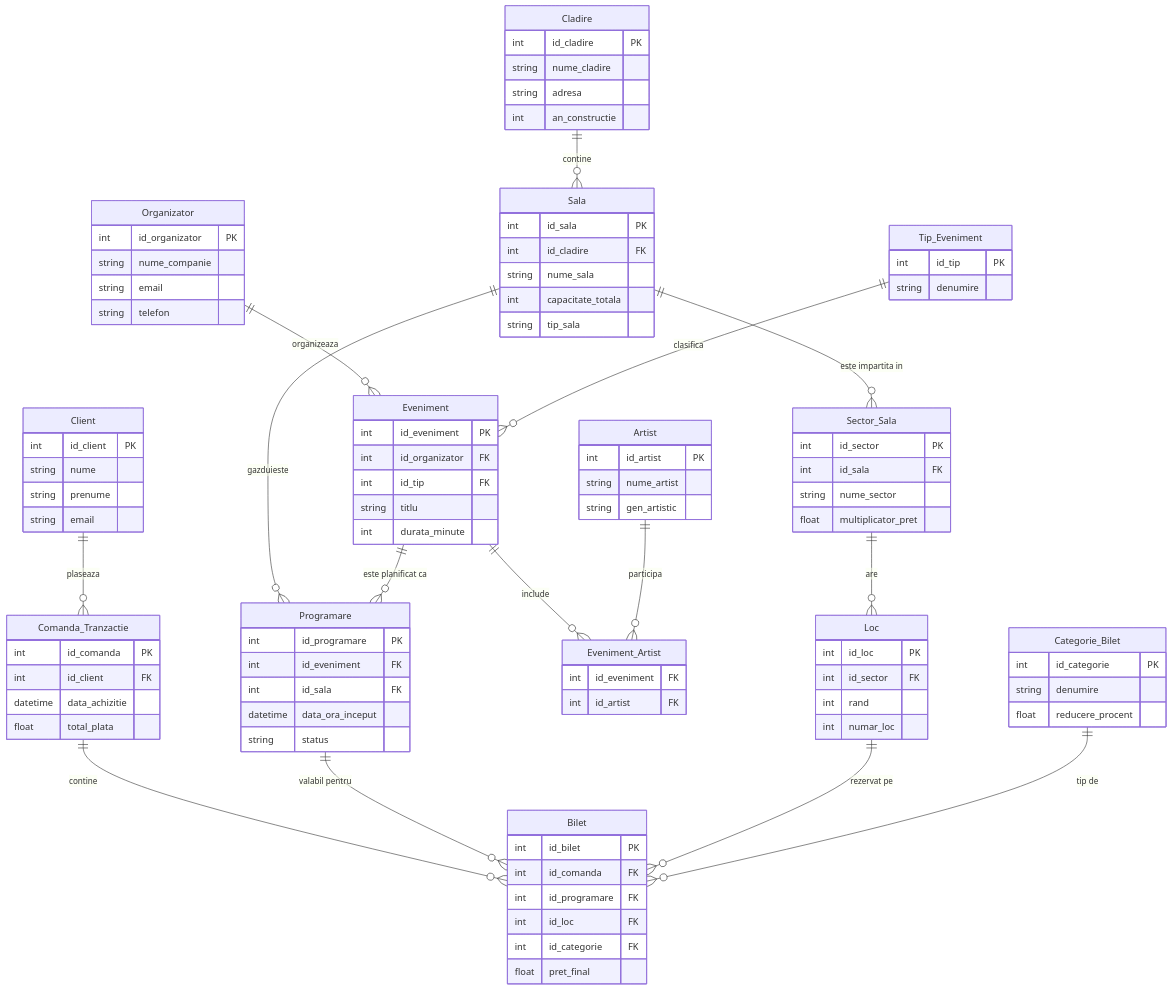
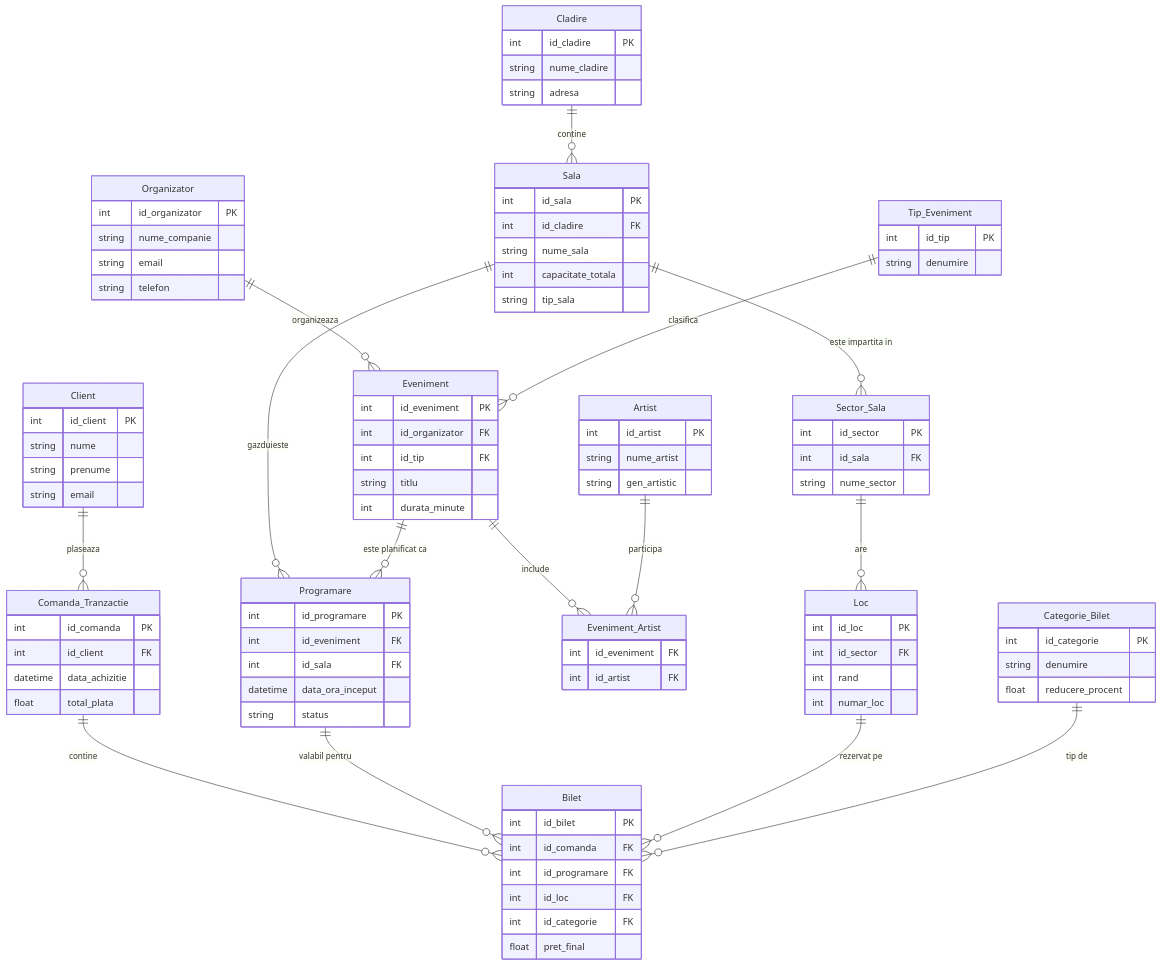
The diagram in diagrams/er.mmd (Rebeca-Iuga/Casa-de-bilete), drawn with Mermaid before and after one commit. The commit also changed other lines of this file and 1 other file, not shown here.

```diff
--- a/diagrams/er.mmd
+++ b/diagrams/er.mmd
@@ -1,101 +1,99 @@
 erDiagram
     Cladire ||--o{ Sala : "contine"
     Sala ||--o{ Sector_Sala : "este impartita in"
     Sector_Sala ||--o{ Loc : "are"
     Sala ||--o{ Programare : "gazduieste"
 
     Organizator ||--o{ Eveniment : "organizeaza"
     Tip_Eveniment ||--o{ Eveniment : "clasifica"
     Eveniment ||--o{ Programare : "este planificat ca"
     Eveniment ||--o{ Eveniment_Artist : "include"
     Artist ||--o{ Eveniment_Artist : "participa"
 
     Client ||--o{ Comanda_Tranzactie : "plaseaza"
     Comanda_Tranzactie ||--o{ Bilet : "contine"
     Programare ||--o{ Bilet : "valabil pentru"
     Loc ||--o{ Bilet : "rezervat pe"
     Categorie_Bilet ||--o{ Bilet : "tip de"
 
     Cladire {
         int id_cladire PK
         string nume_cladire
         string adresa
-        int an_constructie
     }
     Sala {
         int id_sala PK
         int id_cladire FK
         string nume_sala
         int capacitate_totala
         string tip_sala
     }
     Sector_Sala {
         int id_sector PK
         int id_sala FK
         string nume_sector
-        float multiplicator_pret
     }
     Loc {
         int id_loc PK
         int id_sector FK
         int rand
         int numar_loc
     }
     Organizator {
         int id_organizator PK
         string nume_companie
         string email
         string telefon
     }
     Tip_Eveniment {
         int id_tip PK
         string denumire
     }
     Eveniment {
         int id_eveniment PK
         int id_organizator FK
         int id_tip FK
         string titlu
         int durata_minute
     }
     Artist {
         int id_artist PK
         string nume_artist
         string gen_artistic
     }
     Eveniment_Artist {
         int id_eveniment FK
         int id_artist FK
     }
     Programare {
         int id_programare PK
         int id_eveniment FK
         int id_sala FK
         datetime data_ora_inceput
         string status
     }
     Client {
         int id_client PK
         string nume
         string prenume
         string email
     }
     Categorie_Bilet {
         int id_categorie PK
         string denumire
         float reducere_procent
     }
     Comanda_Tranzactie {
         int id_comanda PK
         int id_client FK
         datetime data_achizitie
         float total_plata
     }
     Bilet {
         int id_bilet PK
         int id_comanda FK
         int id_programare FK
         int id_loc FK
         int id_categorie FK
         float pret_final
     }
```
